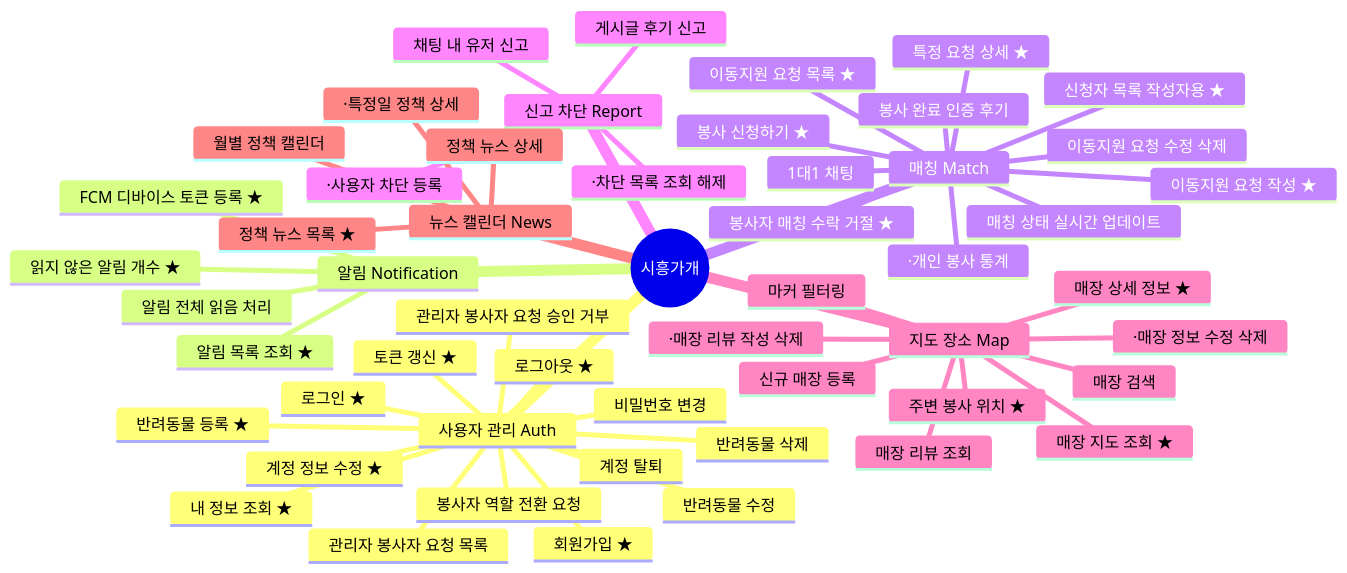
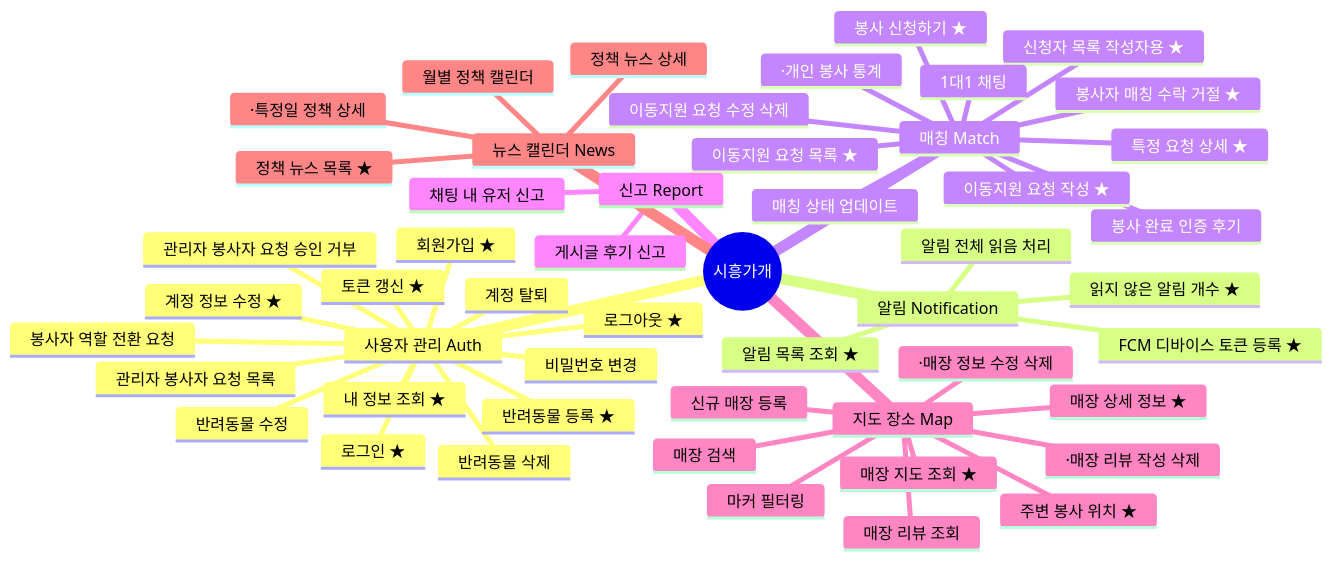
One commit to 2026-1-mobile-programming-team-3/backend changed the first of 6 diagrams in docs/feature-diagram.md. Above: the diagram before and after it, drawn with Mermaid. The commit also changed other lines of this file and 30 other files, not shown here.

````diff
--- a/docs/feature-diagram.md
+++ b/docs/feature-diagram.md
@@ -14,56 +13,54 @@
 ```mermaid
 mindmap
   root((시흥가개))
     사용자 관리 Auth
       회원가입 ★
       로그인 ★
       토큰 갱신 ★
       로그아웃 ★
       내 정보 조회 ★
       계정 정보 수정 ★
       비밀번호 변경
       계정 탈퇴
       반려동물 등록 ★
       반려동물 수정
       반려동물 삭제
       봉사자 역할 전환 요청
       관리자 봉사자 요청 목록
       관리자 봉사자 요청 승인 거부
     알림 Notification
       알림 목록 조회 ★
       알림 전체 읽음 처리
       읽지 않은 알림 개수 ★
       FCM 디바이스 토큰 등록 ★
     매칭 Match
       이동지원 요청 작성 ★
       이동지원 요청 수정 삭제
       이동지원 요청 목록 ★
       특정 요청 상세 ★
       봉사 신청하기 ★
       신청자 목록 작성자용 ★
       봉사자 매칭 수락 거절 ★
-      매칭 상태 실시간 업데이트
+      매칭 상태 업데이트
       1대1 채팅
       봉사 완료 인증 후기
       ·개인 봉사 통계
-    신고 차단 Report
+    신고 Report
       게시글 후기 신고
       채팅 내 유저 신고
-      ·사용자 차단 등록
-      ·차단 목록 조회 해제
     지도 장소 Map
       매장 지도 조회 ★
       주변 봉사 위치 ★
       매장 상세 정보 ★
       매장 검색
       마커 필터링
       신규 매장 등록
       ·매장 정보 수정 삭제
       매장 리뷰 조회
       ·매장 리뷰 작성 삭제
     뉴스 캘린더 News
       정책 뉴스 목록 ★
       정책 뉴스 상세
       월별 정책 캘린더
       ·특정일 정책 상세
 ```
````
